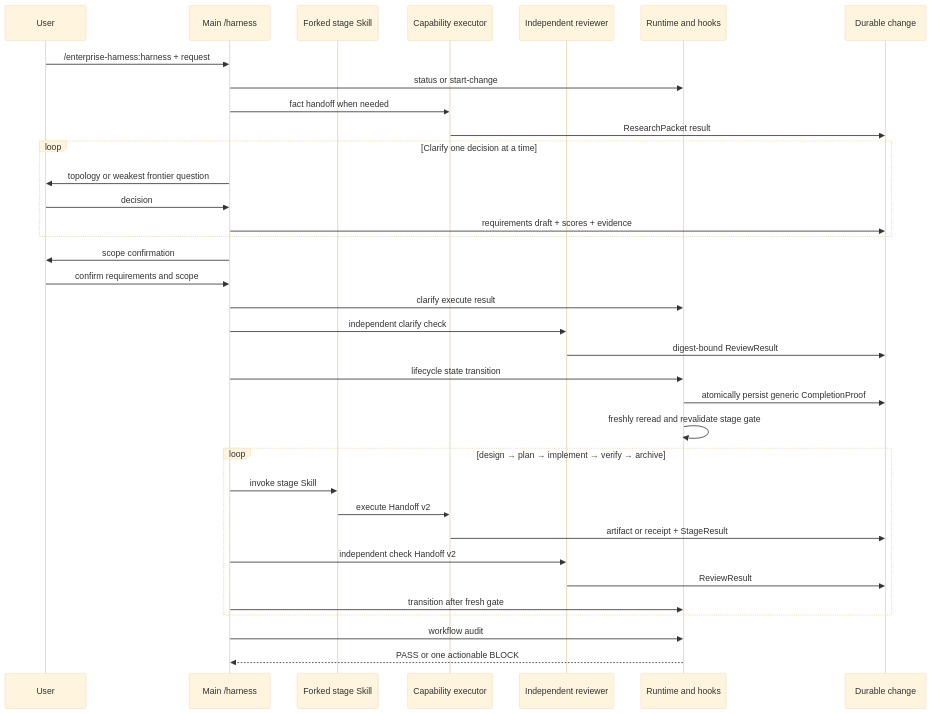
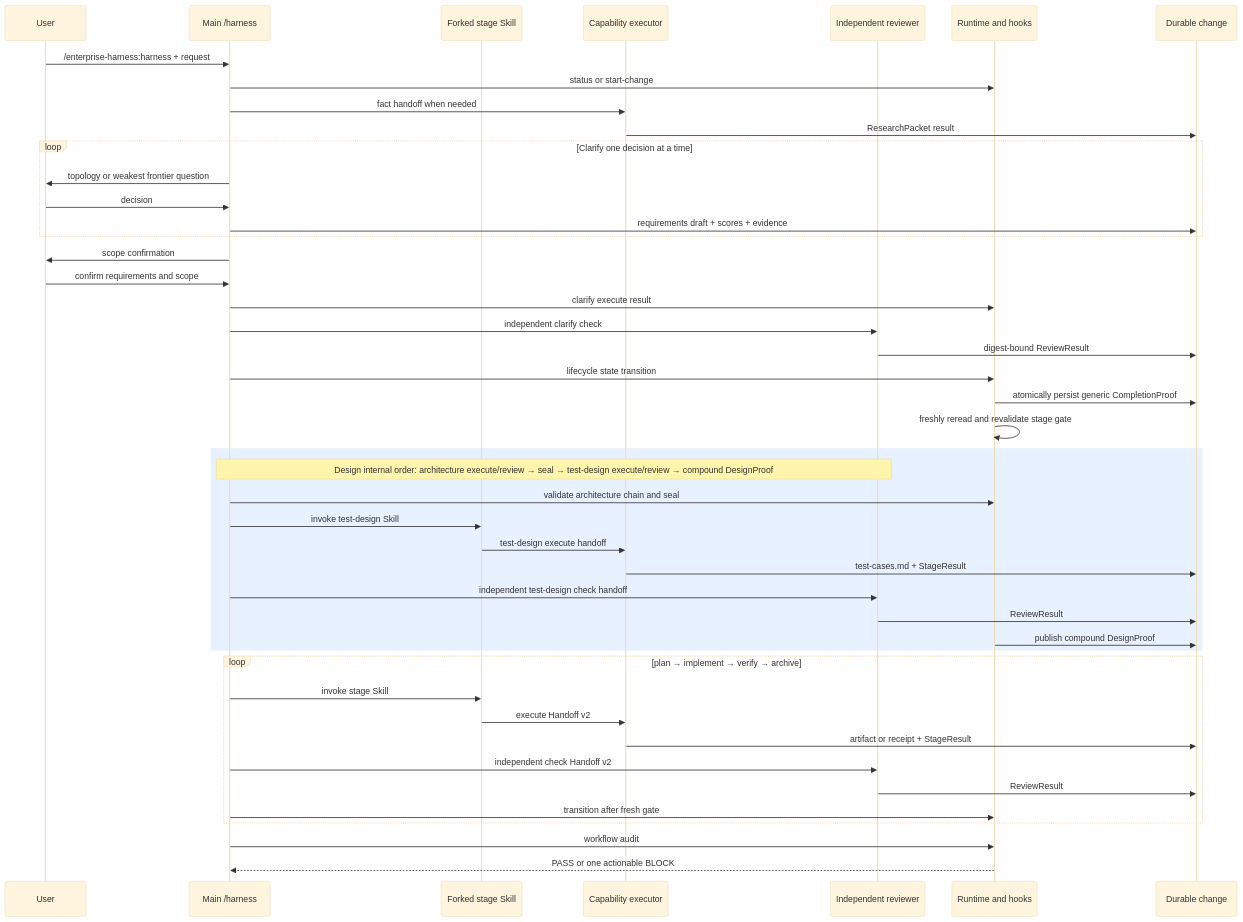
One commit to Emtemf/enterprise-harness changed the diagram in harness/specs/stage-observability.md. Above: the diagram before and after it, drawn with Mermaid (base theme). The commit also changed other lines of this file and 20 other files, not shown here.

````diff
--- a/harness/specs/stage-observability.md
+++ b/harness/specs/stage-observability.md
@@ -27,40 +30,51 @@
 ```mermaid
 sequenceDiagram
   participant U as User
   participant M as Main /harness
   participant S as Forked stage Skill
   participant E as Capability executor
   participant K as Independent reviewer
   participant R as Runtime and hooks
   participant D as Durable change
 
   U->>M: /enterprise-harness:harness + request
   M->>R: status or start-change
   M->>E: fact handoff when needed
   E->>D: ResearchPacket result
   loop Clarify one decision at a time
     M->>U: topology or weakest frontier question
     U->>M: decision
     M->>D: requirements draft + scores + evidence
   end
   M->>U: scope confirmation
   U->>M: confirm requirements and scope
   M->>R: clarify execute result
   M->>K: independent clarify check
   K->>D: digest-bound ReviewResult
   M->>R: lifecycle state transition
   R->>D: atomically persist generic CompletionProof
   R->>R: freshly reread and revalidate stage gate
 
-  loop design → plan → implement → verify → archive
+  rect rgb(232, 241, 255)
+    Note over M,K: Design internal order: architecture execute/review → seal → test-design execute/review → compound DesignProof
+    M->>R: validate architecture chain and seal
+    M->>S: invoke test-design Skill
+    S->>E: test-design execute handoff
+    E->>D: test-cases.md + StageResult
+    M->>K: independent test-design check handoff
+    K->>D: ReviewResult
+    R->>D: publish compound DesignProof
+  end
+
+  loop plan → implement → verify → archive
     M->>S: invoke stage Skill
     S->>E: execute Handoff v2
     E->>D: artifact or receipt + StageResult
     M->>K: independent check Handoff v2
     K->>D: ReviewResult
     M->>R: transition after fresh gate
   end
 
   M->>R: workflow audit
   R-->>M: PASS or one actionable BLOCK
 ```
````
